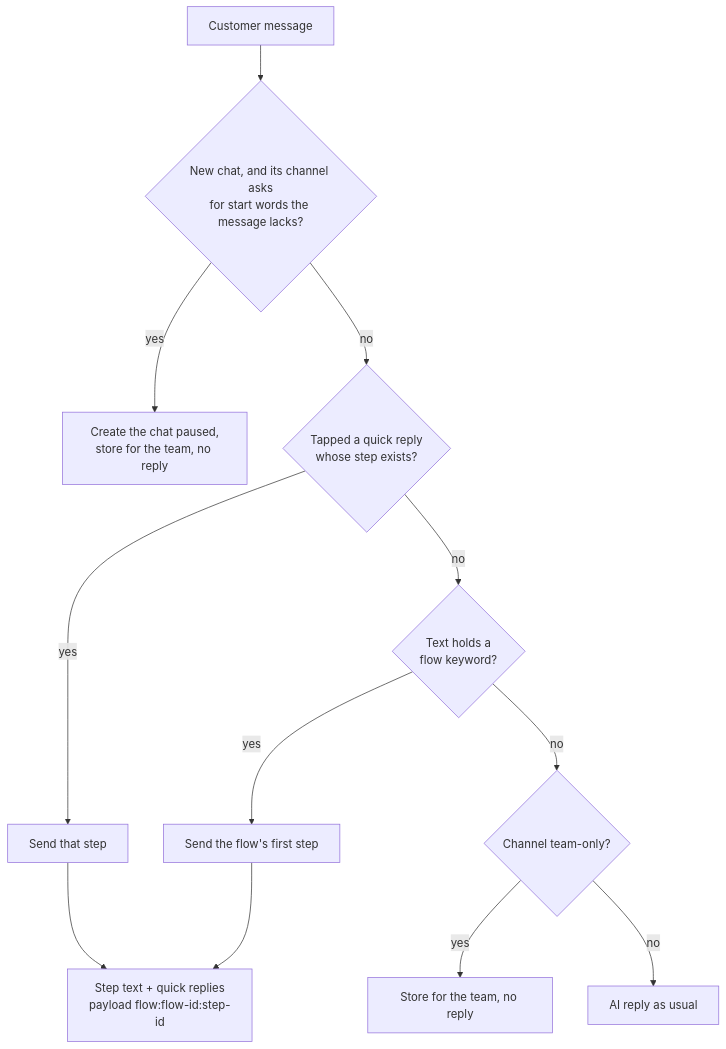
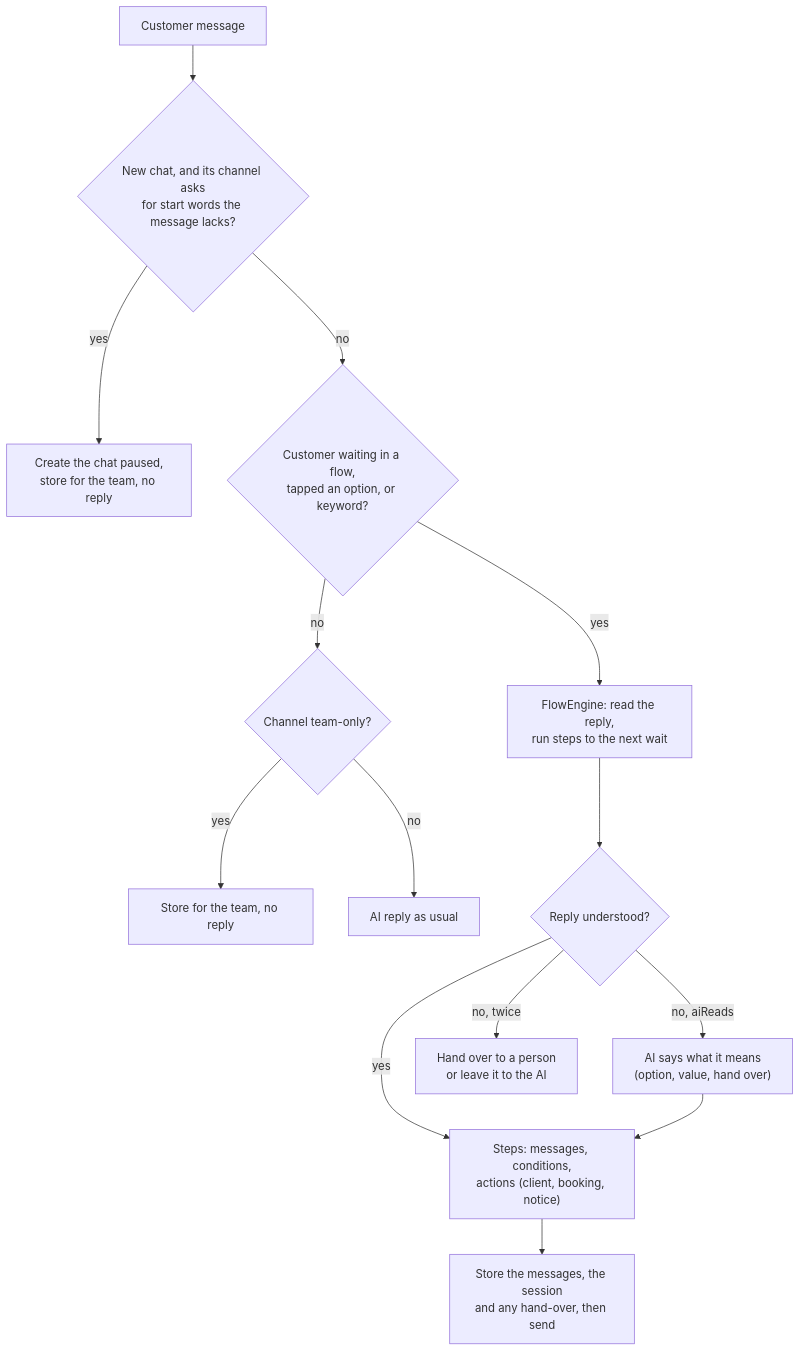
Before and after one commit to rfm-9300/rfm-edubot: diagram 23 of 25 in docs/architecture.md, drawn with Mermaid. The commit also changed other lines of this file and 61 other files, not shown here.

First line of the commit message:
Add the Chatbot page: fixed chat flows with questions, conditions, actions and kept choices (#123)

````diff
--- a/docs/architecture.md
+++ b/docs/architecture.md
@@ -1549,13 +1591,16 @@
 ```mermaid
 flowchart TD
     IN[Customer message] --> GATE{"New chat, and its channel asks<br/>for start words the message lacks?"}
     GATE -->|yes| HOLD["Create the chat paused,<br/>store for the team, no reply"]
-    GATE -->|no| TAP{"Tapped a quick reply<br/>whose step exists?"}
-    TAP -->|yes| STEP[Send that step]
-    TAP -->|no| KW{"Text holds a<br/>flow keyword?"}
-    KW -->|yes| FIRST["Send the flow's first step"]
-    KW -->|no| TEAM{"Channel team-only?"}
+    GATE -->|no| ANS{"Customer waiting in a flow,<br/>tapped an option, or keyword?"}
+    ANS -->|no| TEAM{"Channel team-only?"}
     TEAM -->|yes| STORE["Store for the team, no reply"]
     TEAM -->|no| AI["AI reply as usual"]
-    STEP & FIRST --> SEND["Step text + quick replies<br/>payload flow:flow-id:step-id"]
+    ANS -->|yes| RUN["FlowEngine: read the reply,<br/>run steps to the next wait"]
+    RUN --> LOST{"Reply understood?"}
+    LOST -->|no, aiReads| READ["AI says what it means<br/>(option, value, hand over)"]
+    LOST -->|no, twice| AFTER["Hand over to a person<br/>or leave it to the AI"]
+    LOST -->|yes| ACT["Steps: messages, conditions,<br/>actions (client, booking, notice)"]
+    READ --> ACT
+    ACT --> SAVE["Store the messages, the session<br/>and any hand-over, then send"]
 ```
````
